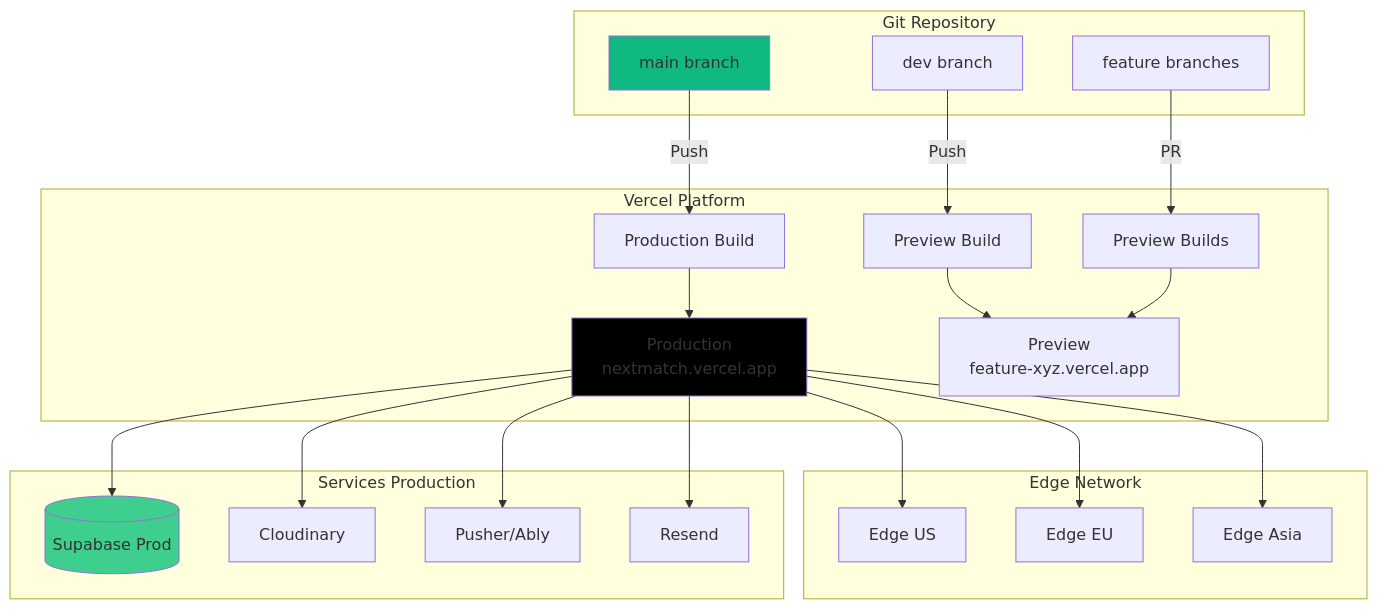
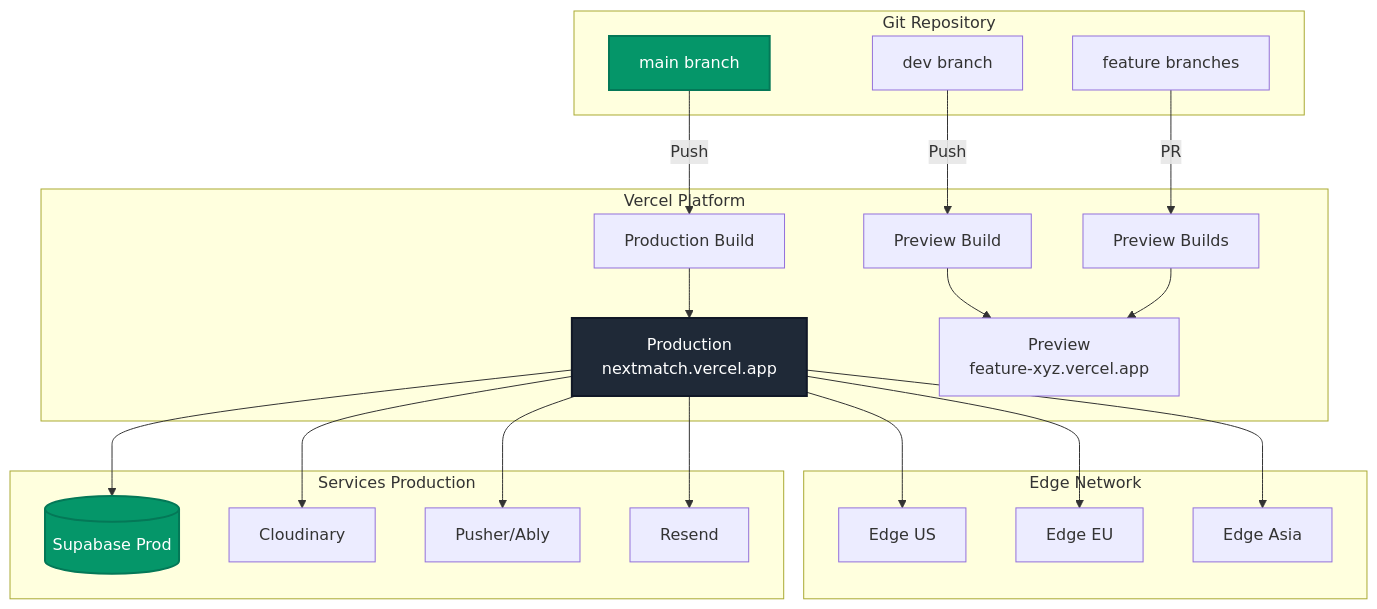
One commit to inskillflow/next-auth-demo-2-match changed diagram 32 of 32 in documentation/16-diagrammes-architecture.md. Above: the diagram before and after it, drawn with Mermaid. The commit also changed other lines of this file, not shown here.

````diff
--- a/documentation/16-diagrammes-architecture.md
+++ b/documentation/16-diagrammes-architecture.md
@@ -1413,52 +1413,52 @@
 ```mermaid
 graph TB
     subgraph "Git Repository"
         Main[main branch]
         Dev[dev branch]
         Feature[feature branches]
     end
     
     subgraph "Vercel Platform"
         BuildMain[Production Build]
         BuildDev[Preview Build]
         BuildFeature[Preview Builds]
         
         ProdDeploy[Production<br/>nextmatch.vercel.app]
         PreviewDeploy[Preview<br/>feature-xyz.vercel.app]
     end
     
     subgraph "Edge Network"
         EdgeUS[Edge US]
         EdgeEU[Edge EU]
         EdgeAsia[Edge Asia]
     end
     
     subgraph "Services Production"
         ProdDB[(Supabase Prod)]
         ProdCloud[Cloudinary]
         ProdPush[Pusher/Ably]
         ProdMail[Resend]
     end
     
     Main -->|Push| BuildMain
     BuildMain --> ProdDeploy
     
     Dev -->|Push| BuildDev
     BuildDev --> PreviewDeploy
     
     Feature -->|PR| BuildFeature
     BuildFeature --> PreviewDeploy
     
     ProdDeploy --> EdgeUS
     ProdDeploy --> EdgeEU
     ProdDeploy --> EdgeAsia
     
     ProdDeploy --> ProdDB
     ProdDeploy --> ProdCloud
     ProdDeploy --> ProdPush
     ProdDeploy --> ProdMail
     
-    style Main fill:#10b981
-    style ProdDeploy fill:#000
-    style ProdDB fill:#3ecf8e
+    style Main fill:#059669,stroke:#047857,stroke-width:2px,color:#fff
+    style ProdDeploy fill:#1f2937,stroke:#111827,stroke-width:2px,color:#fff
+    style ProdDB fill:#059669,stroke:#047857,stroke-width:2px,color:#fff
 ```
````
